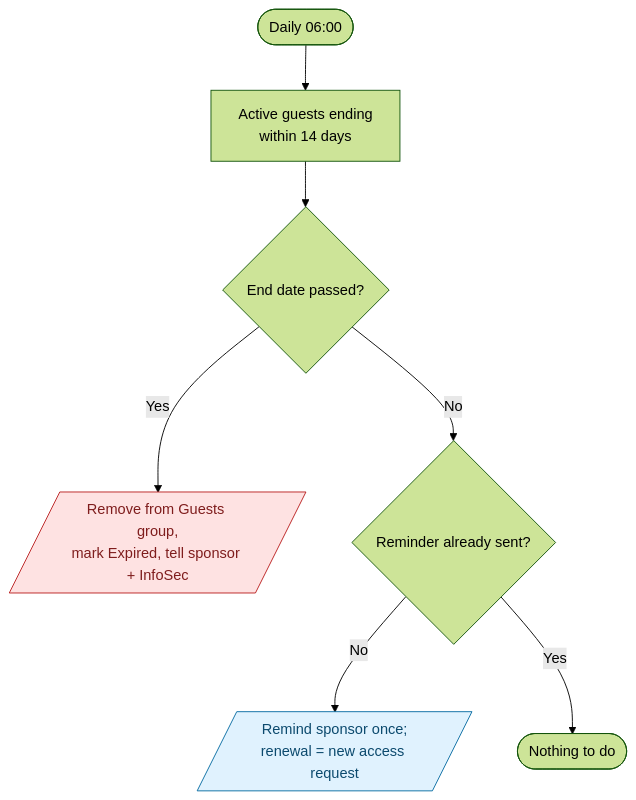
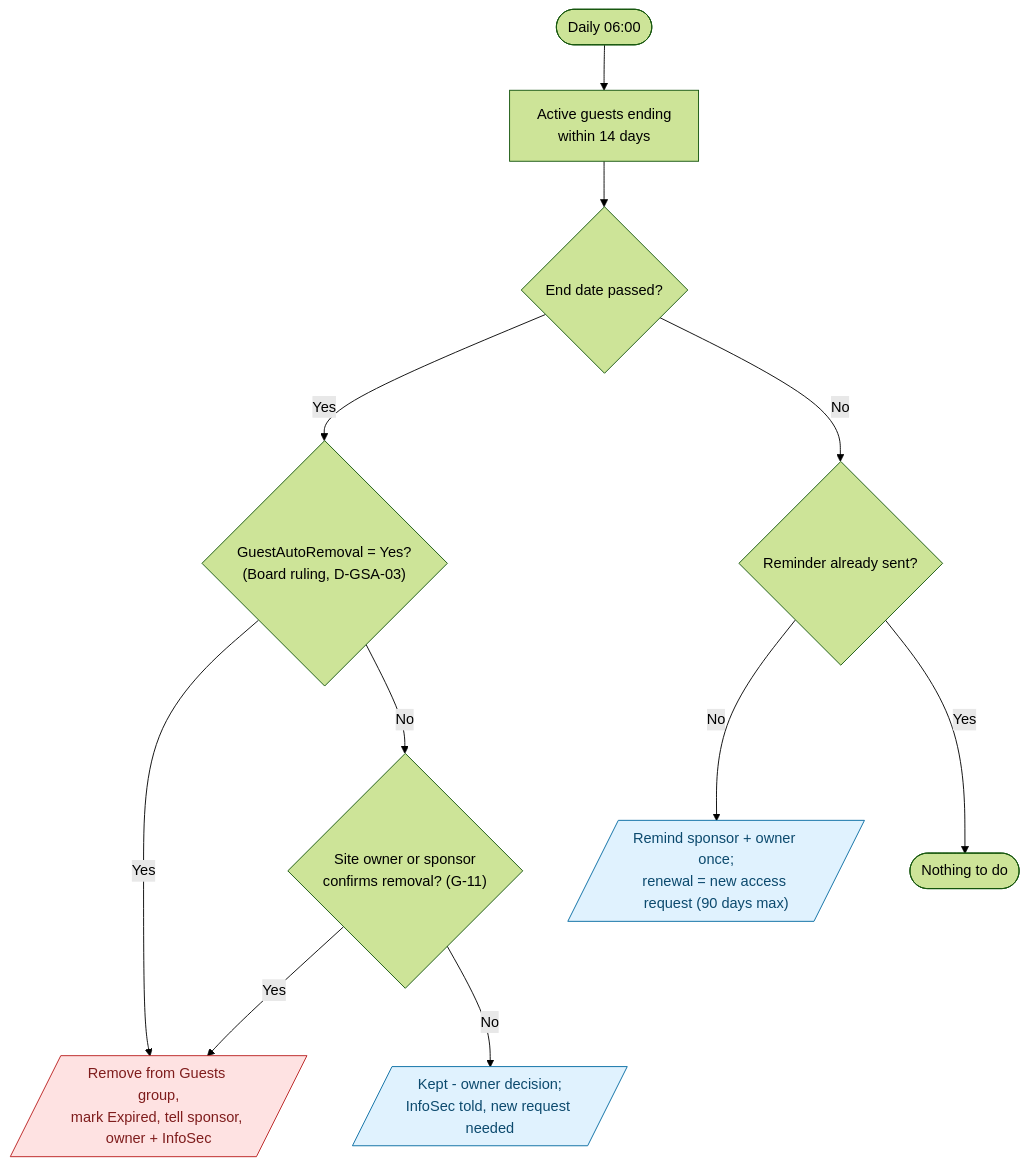
One commit to flinty-isd/Projects-hub changed the third of 6 diagrams in solutions/SharePointGovernance/diagrams/governance-flows.md. Above: the diagram before and after it, drawn with Mermaid (forest theme). The commit also changed other lines of this file and 12 other files, not shown here.

First line of the commit message:
Align flows with PID v4.2: named owners, retire InfoPath flow, governance fixes

````diff
--- a/solutions/SharePointGovernance/diagrams/governance-flows.md
+++ b/solutions/SharePointGovernance/diagrams/governance-flows.md
@@ -59,11 +59,15 @@
 ```mermaid
 flowchart TD
   A([Daily 06:00]) --> Q["Active guests ending<br/>within 14 days"]
   Q --> E{"End date passed?"}
-  E -->|Yes| R[/"Remove from Guests group,<br/>mark Expired, tell sponsor + InfoSec"/]:::bad
+  E -->|Yes| AR{"GuestAutoRemoval = Yes?<br/>(Board ruling, D-GSA-03)"}
+  AR -->|Yes| R[/"Remove from Guests group,<br/>mark Expired, tell sponsor, owner + InfoSec"/]:::bad
+  AR -->|No| OD{"Site owner or sponsor<br/>confirms removal? (G-11)"}
+  OD -->|Yes| R
+  OD -->|No| K[/"Kept - owner decision;<br/>InfoSec told, new request needed"/]:::info
   E -->|No| M{"Reminder already sent?"}
-  M -->|No| N[/"Remind sponsor once;<br/>renewal = new access request"/]:::info
+  M -->|No| N[/"Remind sponsor + owner once;<br/>renewal = new access request (90 days max)"/]:::info
   M -->|Yes| Z([Nothing to do])
   classDef bad fill:#fee2e2,stroke:#b91c1c,color:#7f1d1d
   classDef info fill:#e0f2fe,stroke:#0369a1,color:#0c4a6e
 ```
````
